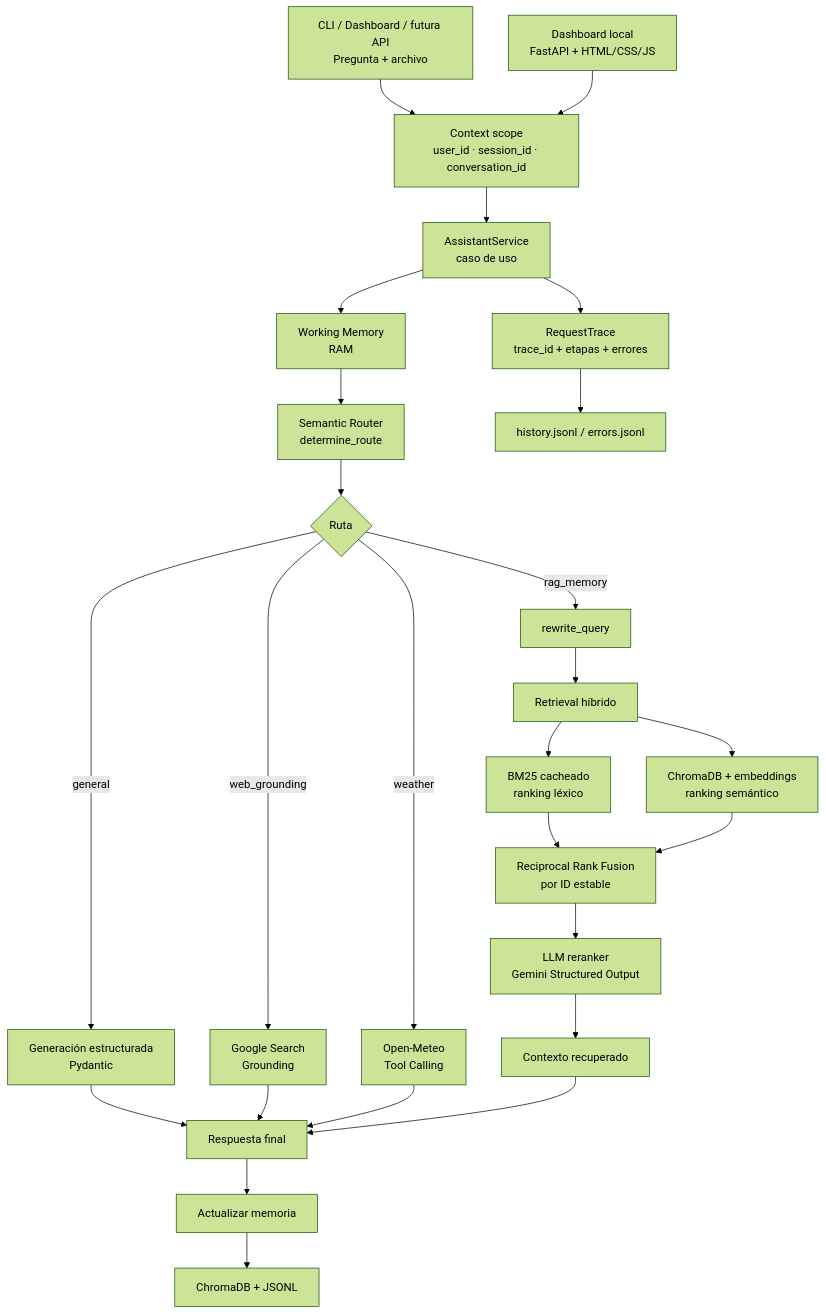
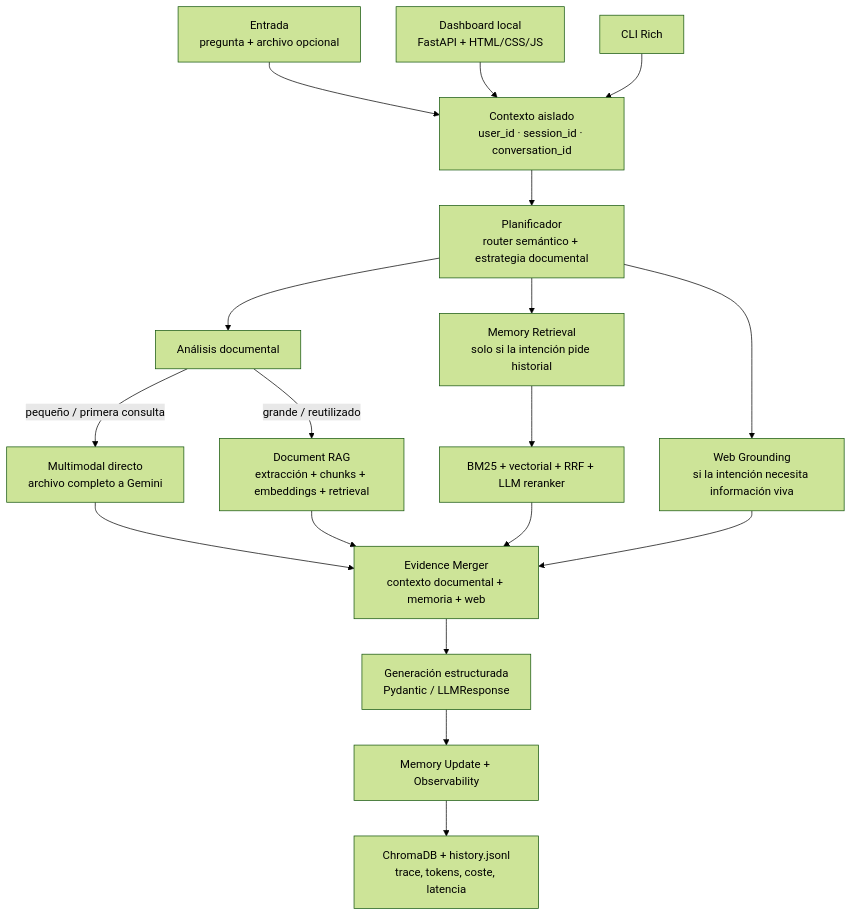
One commit to misikss/llm-cli changed the first of 2 diagrams in docs/architecture.md. Above: the diagram before and after it, drawn with Mermaid (forest theme). The commit also changed other lines of this file and 14 other files, not shown here.

Commit message:
Cierra pipeline documental y aisla usuarios del dashboard

````diff
--- a/docs/architecture.md
+++ b/docs/architecture.md
@@ -5,32 +10,24 @@
 ```mermaid
 flowchart TD
-    UserQuery["CLI / Dashboard / futura API<br/>Pregunta + archivo"] --> Context["Context scope<br/>user_id · session_id · conversation_id"]
-    Context --> Service["AssistantService<br/>caso de uso"]
-    Service --> WorkingMemory["Working Memory<br/>RAM"]
-    WorkingMemory --> Router["Semantic Router<br/>determine_route"]
-    Router --> Decision{"Ruta"}
+    Input["Entrada<br/>pregunta + archivo opcional"] --> Scope["Contexto aislado<br/>user_id · session_id · conversation_id"]
+    Scope --> Planner["Planificador<br/>router semántico + estrategia documental"]
 
-    Decision -->|general| Direct["Generación estructurada<br/>Pydantic"]
-    Decision -->|web_grounding| Grounding["Google Search<br/>Grounding"]
-    Decision -->|weather| Weather["Open-Meteo<br/>Tool Calling"]
-    Decision -->|rag_memory| QueryEngineering["rewrite_query"]
+    Planner --> Document["Análisis documental"]
+    Document -->|"pequeño / primera consulta"| Direct["Multimodal directo<br/>archivo completo a Gemini"]
+    Document -->|"grande / reutilizado"| DocumentRAG["Document RAG<br/>extracción + chunks + embeddings + retrieval"]
 
-    QueryEngineering --> Retrieval["Retrieval híbrido"]
-    Retrieval --> BM25["BM25 cacheado<br/>ranking léxico"]
-    Retrieval --> Vector["ChromaDB + embeddings<br/>ranking semántico"]
-    BM25 --> RRF["Reciprocal Rank Fusion<br/>por ID estable"]
-    Vector --> RRF
-    RRF --> Reranker["LLM reranker<br/>Gemini Structured Output"]
-    Reranker --> Final["Contexto recuperado"]
+    Planner --> Memory["Memory Retrieval<br/>solo si la intención pide historial"]
+    Memory --> Hybrid["BM25 + vectorial + RRF + LLM reranker"]
+    Planner --> Web["Web Grounding<br/>si la intención necesita información viva"]
 
-    Direct --> Answer["Respuesta final"]
-    Grounding --> Answer
-    Weather --> Answer
-    Final --> Answer
-    Answer --> Update["Actualizar memoria"]
-    Update --> Persist["ChromaDB + JSONL"]
-    Service --> Trace["RequestTrace<br/>trace_id + etapas + errores"]
-    Trace --> History["history.jsonl / errors.jsonl"]
+    Direct --> Evidence["Evidence Merger<br/>contexto documental + memoria + web"]
+    DocumentRAG --> Evidence
+    Hybrid --> Evidence
+    Web --> Evidence
+    Evidence --> Answer["Generación estructurada<br/>Pydantic / LLMResponse"]
+    Answer --> Update["Memory Update + Observability"]
+    Update --> Persist["ChromaDB + history.jsonl<br/>trace, tokens, coste, latencia"]
 
-    Dashboard["Dashboard local<br/>FastAPI + HTML/CSS/JS"] --> Context
+    Dashboard["Dashboard local<br/>FastAPI + HTML/CSS/JS"] --> Scope
+    CLI["CLI Rich"] --> Scope
 ```
````
